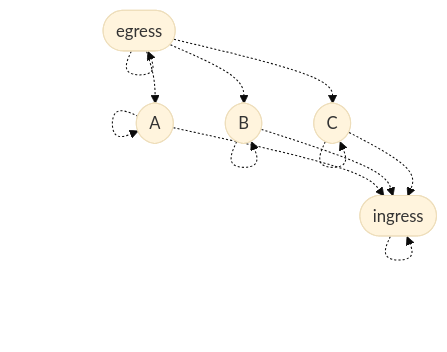
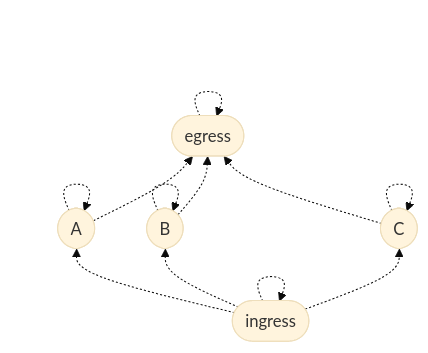
One commit to stepchowfun/proofs changed diagram 11 of 14 in proofs/AdmissibilityGraph/README.md. Above: the diagram before and after it, drawn with Mermaid (base theme). The commit also changed other lines of this file and 5 other files, not shown here.

Commit message:
Flip the direction of the parent-child edges in the admissibility graph development

````diff
--- a/proofs/AdmissibilityGraph/README.md
+++ b/proofs/AdmissibilityGraph/README.md
@@ -277,21 +302,21 @@
 ```mermaid
-flowchart TD
+flowchart BT
   e([egress])
   a([A])
   b([B])
   c([C])
   i([ingress])
 
   e -.-> e
   a -.-> a
   b -.-> b
   c -.-> c
   i -.-> i
 
-  e -.-> a
-  e -.-> b
-  e -.-> c
-  a -.-> i
-  b -.-> i
-  c -.-> i
+  a -.-> e
+  b -.-> e
+  c -.-> e
+  i -.-> a
+  i -.-> b
+  i -.-> c
 ```
````
